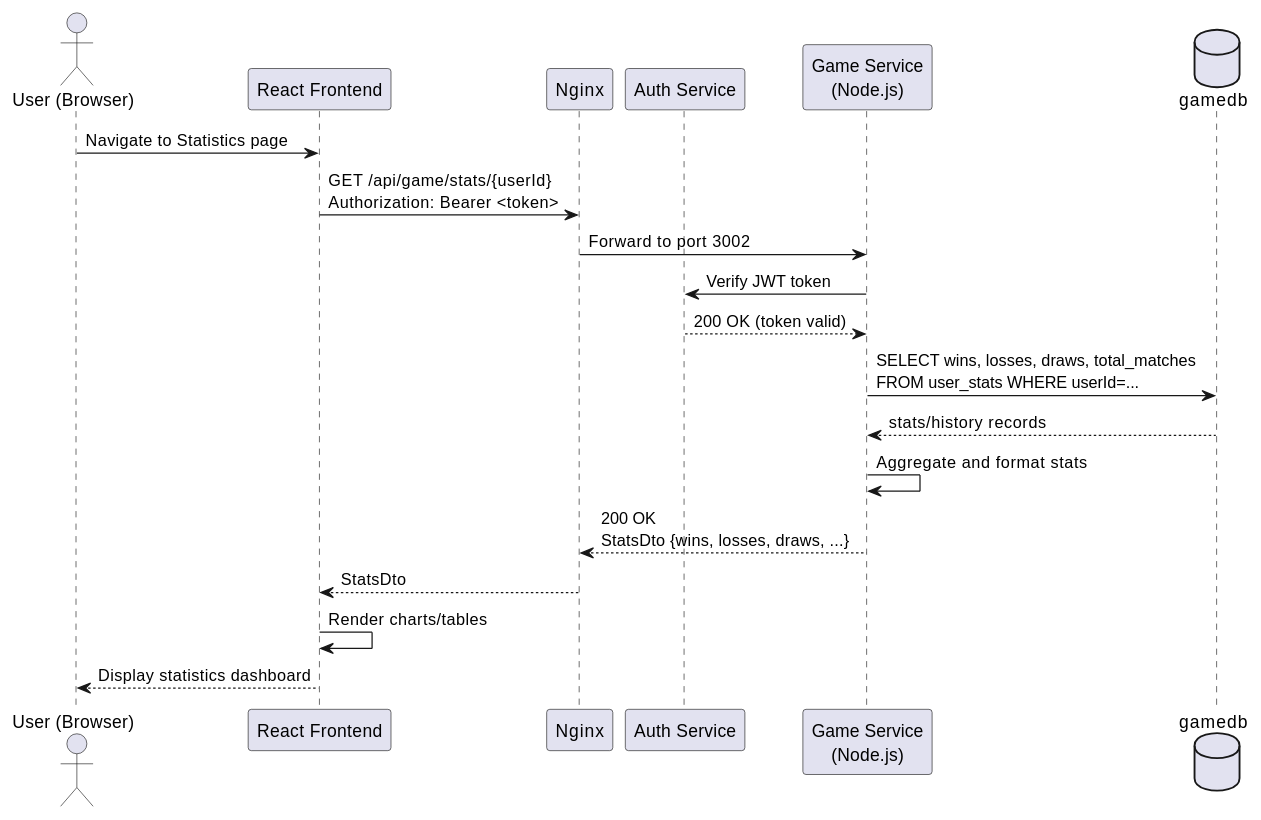
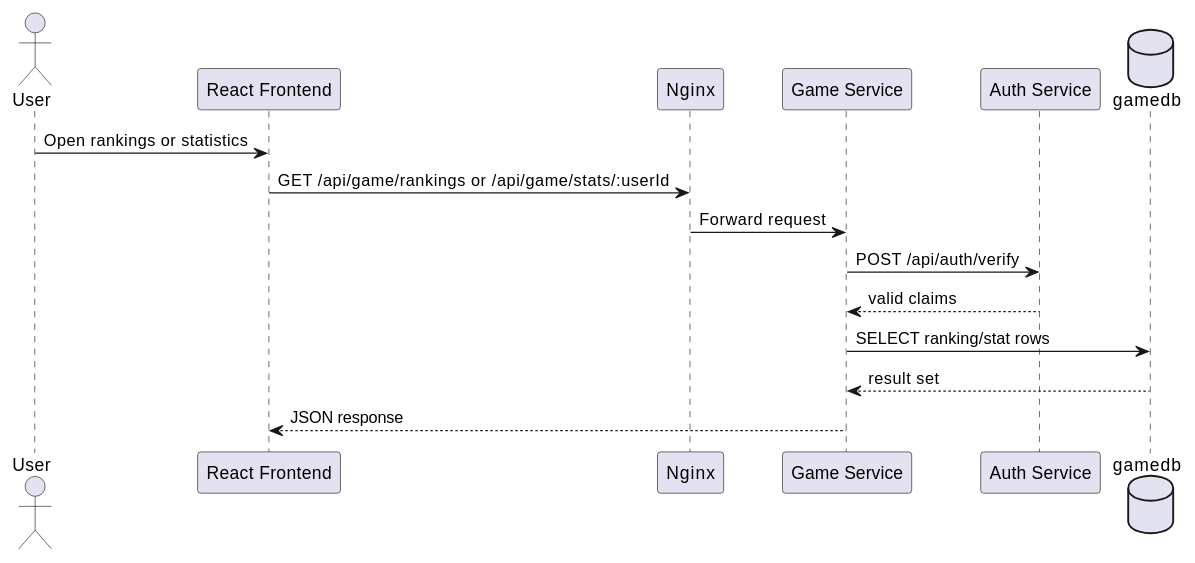
Before and after one commit to Arquisoft/yovi_es1c: the fifth of 8 diagrams in docs/src/06_runtime_view.adoc, drawn with PlantUML. The commit also changed other lines of this file and 10 other files, not shown here.

```diff
--- a/docs/src/06_runtime_view.adoc
+++ b/docs/src/06_runtime_view.adoc
@@ -237,22 +135,18 @@
-[plantuml, "runtime-stats", png]
+[plantuml, runtime-ranking, png]
 ----
-actor "User (Browser)" as Human
+actor "User" as Human
 participant "React Frontend" as Frontend
 participant "Nginx" as Nginx
+participant "Game Service" as GameService
 participant "Auth Service" as Auth
-participant "Game Service\n(Node.js)" as GameService
 database "gamedb" as GameDB
 
-Human -> Frontend: Navigate to Statistics page
-Frontend -> Nginx: GET /api/game/stats/{userId}\nAuthorization: Bearer <token>
-Nginx -> GameService: Forward to port 3002
-GameService -> Auth: Verify JWT token
-Auth --> GameService: 200 OK (token valid)
-GameService -> GameDB: SELECT wins, losses, draws, total_matches\nFROM user_stats WHERE userId=...
-GameDB --> GameService: stats/history records
-GameService -> GameService: Aggregate and format stats
-GameService --> Nginx: 200 OK\nStatsDto {wins, losses, draws, ...}
-Nginx --> Frontend: StatsDto
-Frontend -> Frontend: Render charts/tables
-Frontend --> Human: Display statistics dashboard
+Human -> Frontend: Open rankings or statistics
+Frontend -> Nginx: GET /api/game/rankings or /api/game/stats/:userId
+Nginx -> GameService: Forward request
+GameService -> Auth: POST /api/auth/verify
+Auth --> GameService: valid claims
+GameService -> GameDB: SELECT ranking/stat rows
+GameDB --> GameService: result set
+GameService --> Frontend: JSON response
 ----
```
